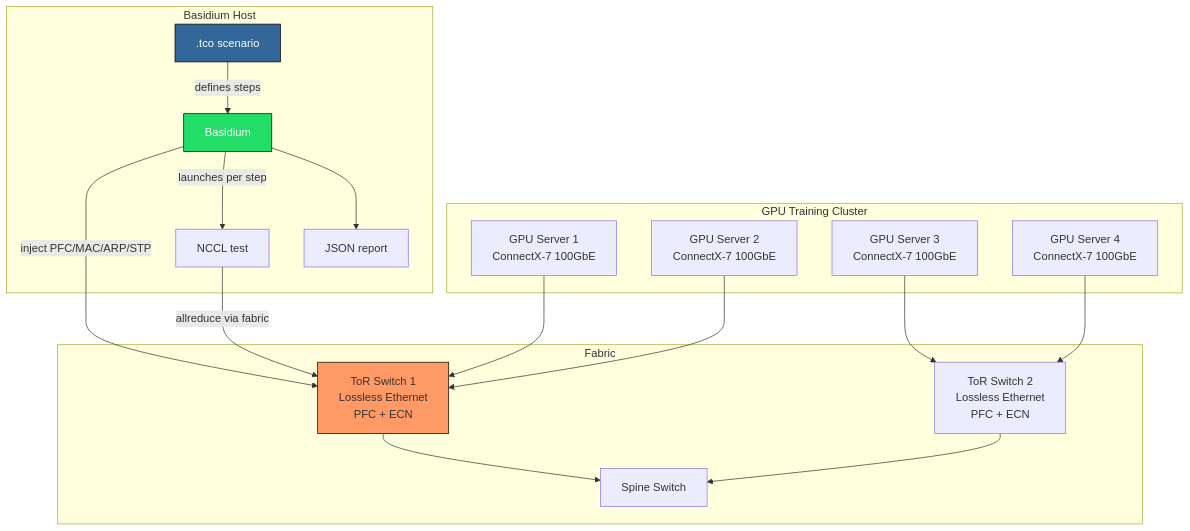
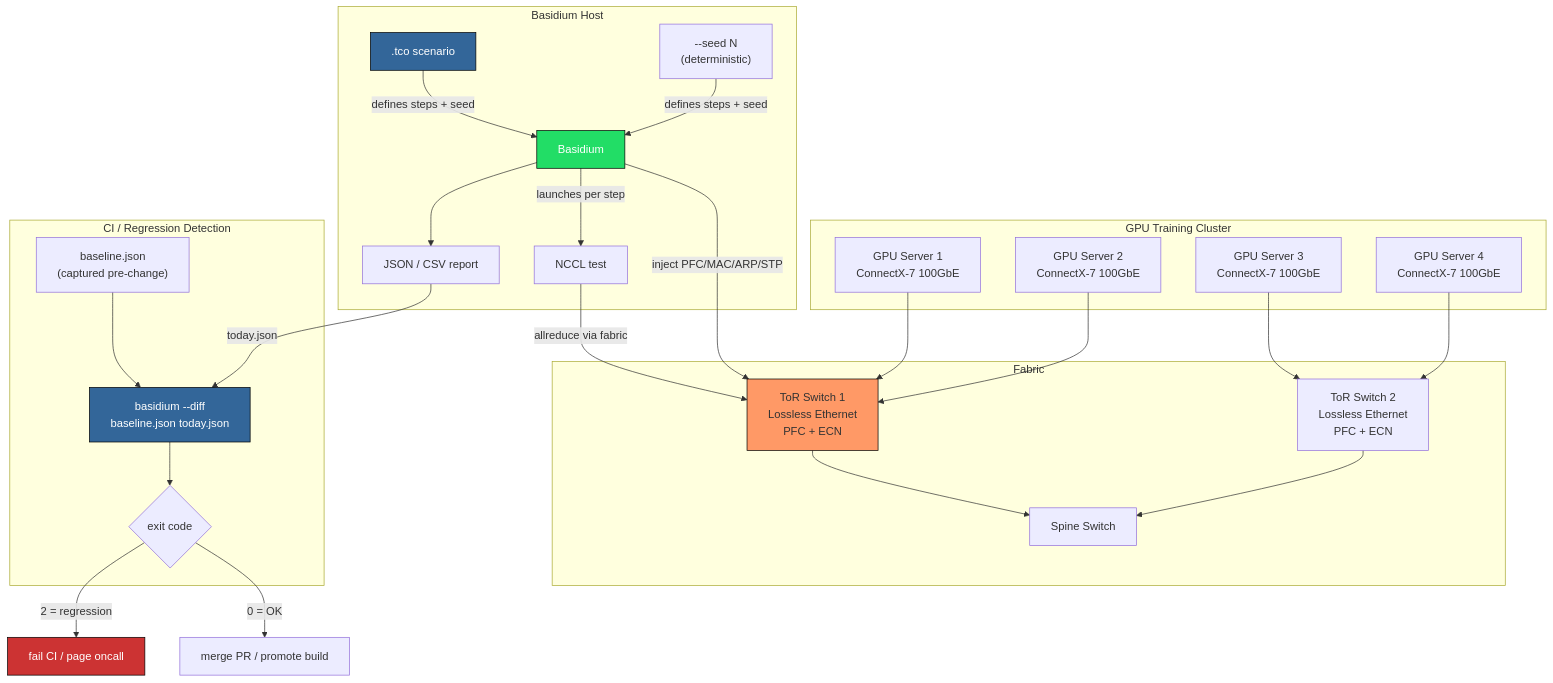
The sixth of 10 diagrams in README.md (mstits/Basidium), drawn with Mermaid before and after one commit. The commit also changed other lines of this file and 11 other files, not shown here.

````diff
--- a/README.md
+++ b/README.md
@@ -158,36 +199,50 @@
 ```mermaid
 graph TB
     subgraph "GPU Training Cluster"
         GPU1["GPU Server 1<br/>ConnectX-7 100GbE"]
         GPU2["GPU Server 2<br/>ConnectX-7 100GbE"]
         GPU3["GPU Server 3<br/>ConnectX-7 100GbE"]
         GPU4["GPU Server 4<br/>ConnectX-7 100GbE"]
     end
 
     subgraph "Fabric"
         TOR1["ToR Switch 1<br/>Lossless Ethernet<br/>PFC + ECN"]
         TOR2["ToR Switch 2<br/>Lossless Ethernet<br/>PFC + ECN"]
         SPINE["Spine Switch"]
     end
 
     GPU1 & GPU2 --> TOR1
     GPU3 & GPU4 --> TOR2
     TOR1 & TOR2 --> SPINE
 
     subgraph "Basidium Host"
         B["Basidium"]
         TCO_F[".tco scenario"]
+        SEED["--seed N<br/>(deterministic)"]
         NCCL_T["NCCL test"]
-        REPORT_F["JSON report"]
+        REPORT_F["JSON / CSV report"]
     end
 
-    TCO_F --> |"defines steps"| B
+    subgraph "CI / Regression Detection"
+        BASE["baseline.json<br/>(captured pre-change)"]
+        DIFF["basidium --diff<br/>baseline.json today.json"]
+        VERDICT{"exit code"}
+    end
+
+    TCO_F & SEED --> |"defines steps + seed"| B
     B --> |"inject PFC/MAC/ARP/STP"| TOR1
     B --> |"launches per step"| NCCL_T
     NCCL_T --> |"allreduce via fabric"| TOR1
     B --> REPORT_F
+    BASE --> DIFF
+    REPORT_F --> |"today.json"| DIFF
+    DIFF --> VERDICT
+    VERDICT --> |"0 = OK"| OK["merge PR / promote build"]
+    VERDICT --> |"2 = regression"| FAIL["fail CI / page oncall"]
 
     style B fill:#2d6,stroke:#000,color:#fff
     style TOR1 fill:#f96,stroke:#000
     style TCO_F fill:#369,stroke:#000,color:#fff
+    style DIFF fill:#369,stroke:#000,color:#fff
+    style FAIL fill:#c33,stroke:#000,color:#fff
 ```
````
